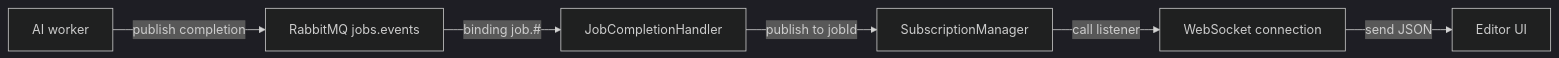
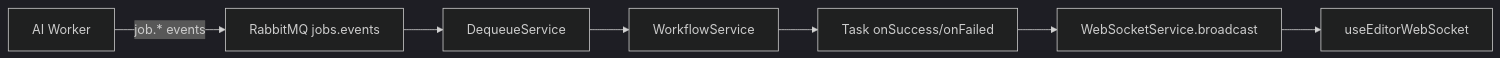
Before and after one commit to sarathkumar365/Careeros: the second of 2 diagrams in docs/sarath-docs/websocket-flow.md, drawn with Mermaid (dark theme). The commit also changed other lines of this file and 13 other files, not shown here.

Commit message:
Update AI task/websocket flow and refresh architecture docs

````diff
--- a/docs/sarath-docs/websocket-flow.md
+++ b/docs/sarath-docs/websocket-flow.md
@@ -27,8 +27,9 @@
 ```mermaid
 flowchart LR
-  AI[AI worker] -->|publish completion| MQ[RabbitMQ jobs.events]
-  MQ -->|binding job.#| HC[JobCompletionHandler]
-  HC -->|publish to jobId| SM[SubscriptionManager]
-  SM -->|call listener| WS[WebSocket connection]
-  WS -->|send JSON| FE[Editor UI]
+  AI[AI Worker] -->|job.* events| MQ[RabbitMQ jobs.events]
+  MQ --> DQ[DequeueService]
+  DQ --> WF[WorkflowService]
+  WF --> TASKS[Task onSuccess/onFailed]
+  TASKS --> WS[WebSocketService.broadcast]
+  WS --> FE[useEditorWebSocket]
 ```
````
